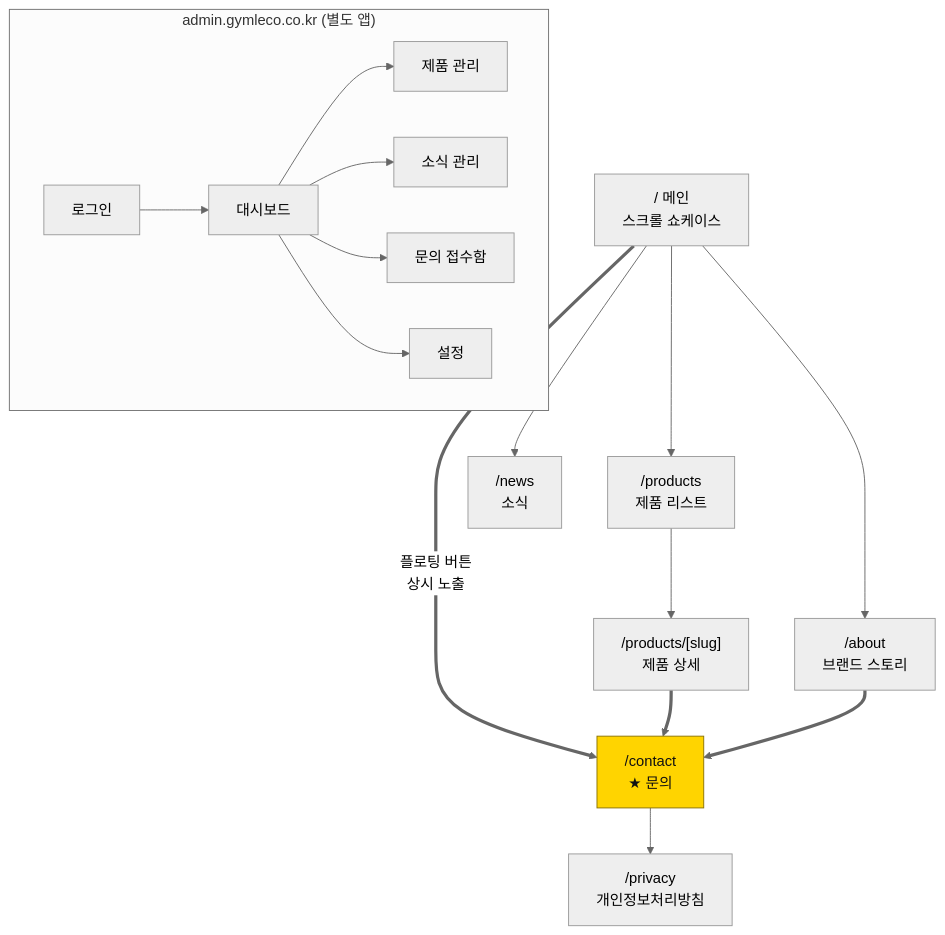
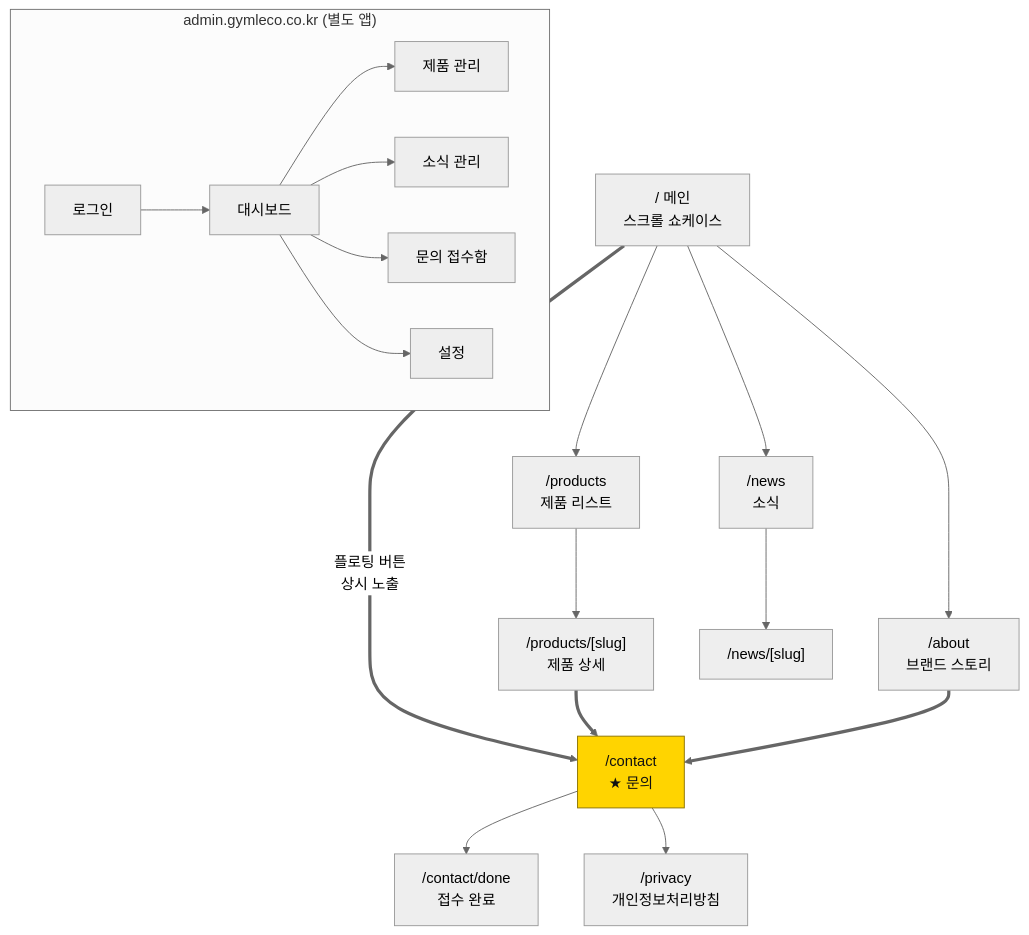
Before and after one commit to gymleco/.github: the first of 4 diagrams in docs/04-screens.md, drawn with Mermaid (neutral theme). The commit also changed other lines of this file and 11 other files, not shown here.

````diff
--- a/docs/04-screens.md
+++ b/docs/04-screens.md
@@ -7,29 +11,32 @@
 ```mermaid
 flowchart TD
     HOME["/ 메인<br/>스크롤 쇼케이스"]
     ABOUT["/about<br/>브랜드 스토리"]
     PLIST["/products<br/>제품 리스트"]
     PDETAIL["/products/[slug]<br/>제품 상세"]
     NEWS["/news<br/>소식"]
+    NDETAIL["/news/[slug]"]
     CONTACT["/contact<br/>★ 문의"]
+    DONE["/contact/done<br/>접수 완료"]
     PRIVACY["/privacy<br/>개인정보처리방침"]
 
     HOME --> PLIST --> PDETAIL
     HOME --> ABOUT
-    HOME --> NEWS
+    HOME --> NEWS --> NDETAIL
     HOME ==>|"플로팅 버튼<br/>상시 노출"| CONTACT
     PDETAIL ==> CONTACT
     ABOUT ==> CONTACT
+    CONTACT --> DONE
     CONTACT --> PRIVACY
 
     subgraph admin["admin.gymleco.co.kr (별도 앱)"]
         LOGIN["로그인"] --> DASH["대시보드"]
         DASH --> APROD["제품 관리"]
         DASH --> ANEWS["소식 관리"]
         DASH --> AINQ["문의 접수함"]
         DASH --> ASET["설정"]
     end
 
     classDef cta fill:#ffd400,stroke:#8a7200,color:#111
     class CONTACT cta
 ```
````
